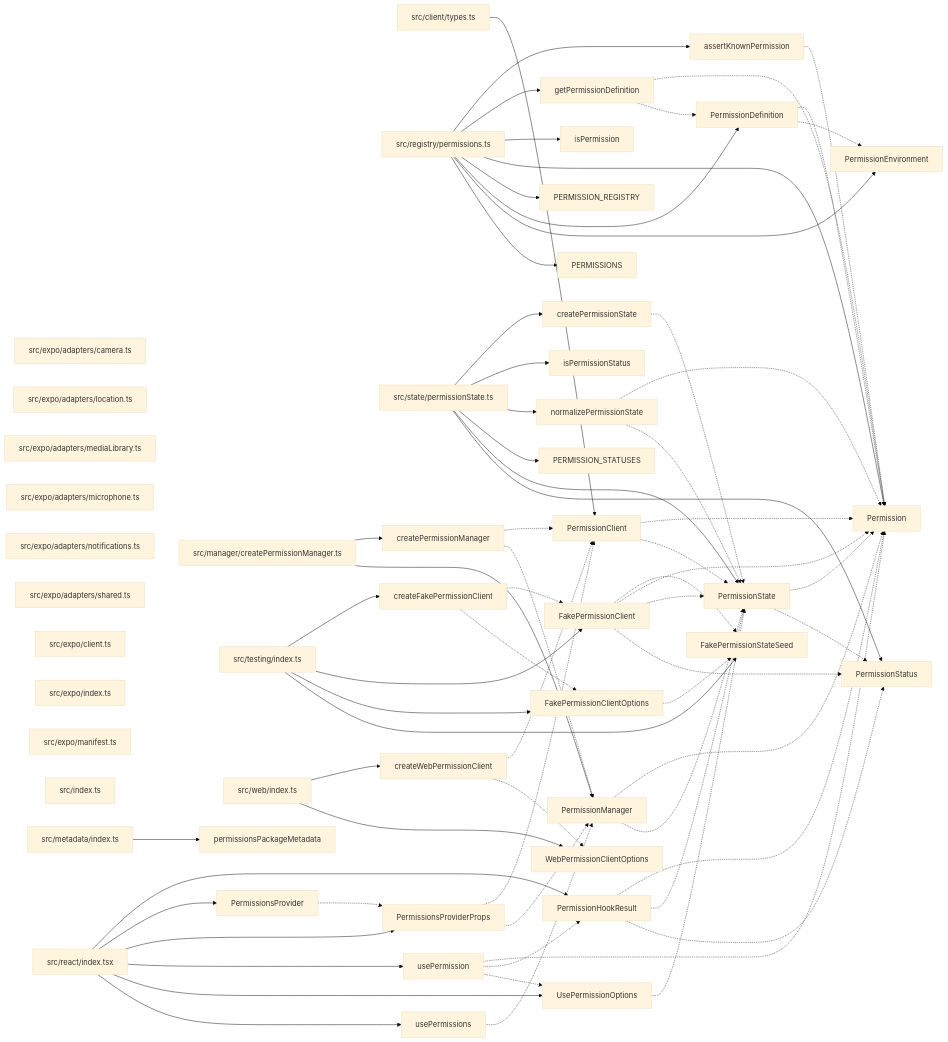
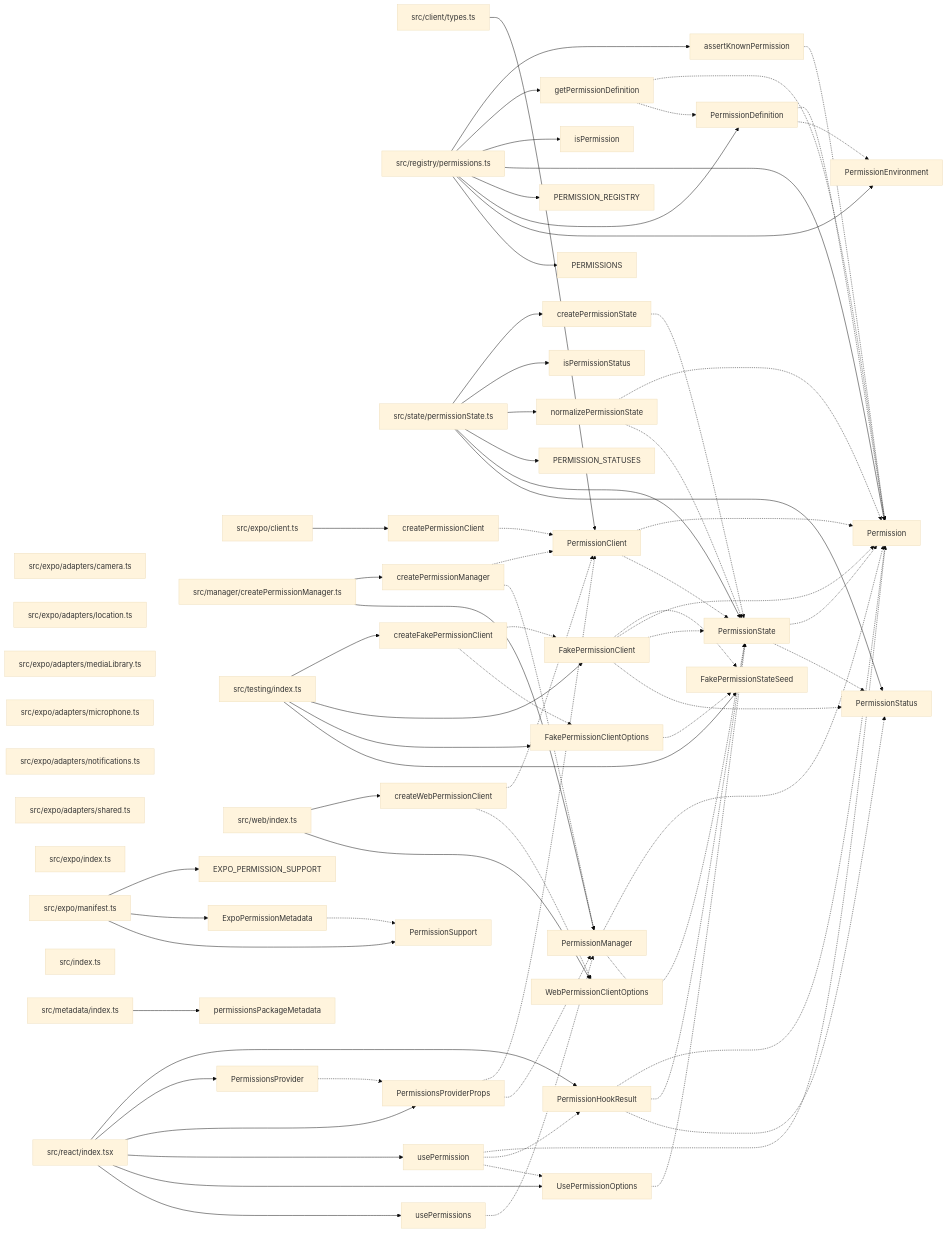
One commit to ankhorage/permissions changed the diagram in paradox/diagrams/export-graph.mmd. Above: the diagram before and after it, drawn with Mermaid (base theme). The commit also changed 10 other files, not shown here.

```diff
--- a/paradox/diagrams/export-graph.mmd
+++ b/paradox/diagrams/export-graph.mmd
@@ -1,115 +1,125 @@
 graph LR
   module_src_client_types_ts["src/client/types.ts"]
   module_src_expo_adapters_camera_ts["src/expo/adapters/camera.ts"]
   module_src_expo_adapters_location_ts["src/expo/adapters/location.ts"]
   module_src_expo_adapters_mediaLibrary_ts["src/expo/adapters/mediaLibrary.ts"]
   module_src_expo_adapters_microphone_ts["src/expo/adapters/microphone.ts"]
   module_src_expo_adapters_notifications_ts["src/expo/adapters/notifications.ts"]
   module_src_expo_adapters_shared_ts["src/expo/adapters/shared.ts"]
   module_src_expo_client_ts["src/expo/client.ts"]
   module_src_expo_index_ts["src/expo/index.ts"]
   module_src_expo_manifest_ts["src/expo/manifest.ts"]
   module_src_index_ts["src/index.ts"]
   module_src_manager_createPermissionManager_ts["src/manager/createPermissionManager.ts"]
   module_src_metadata_index_ts["src/metadata/index.ts"]
   module_src_react_index_tsx["src/react/index.tsx"]
   module_src_registry_permissions_ts["src/registry/permissions.ts"]
   module_src_state_permissionState_ts["src/state/permissionState.ts"]
   module_src_testing_index_ts["src/testing/index.ts"]
   module_src_web_index_ts["src/web/index.ts"]
   export_assertKnownPermission["assertKnownPermission"]
   module_src_registry_permissions_ts --> export_assertKnownPermission
   export_assertKnownPermission -.-> export_Permission
   export_createFakePermissionClient["createFakePermissionClient"]
   module_src_testing_index_ts --> export_createFakePermissionClient
   export_createFakePermissionClient -.-> export_FakePermissionClient
   export_createFakePermissionClient -.-> export_FakePermissionClientOptions
+  export_createPermissionClient["createPermissionClient"]
+  module_src_expo_client_ts --> export_createPermissionClient
+  export_createPermissionClient -.-> export_PermissionClient
   export_createPermissionManager["createPermissionManager"]
   module_src_manager_createPermissionManager_ts --> export_createPermissionManager
   export_createPermissionManager -.-> export_PermissionClient
   export_createPermissionManager -.-> export_PermissionManager
   export_createPermissionState["createPermissionState"]
   module_src_state_permissionState_ts --> export_createPermissionState
   export_createPermissionState -.-> export_PermissionState
   export_createWebPermissionClient["createWebPermissionClient"]
   module_src_web_index_ts --> export_createWebPermissionClient
   export_createWebPermissionClient -.-> export_PermissionClient
   export_createWebPermissionClient -.-> export_WebPermissionClientOptions
+  export_EXPO_PERMISSION_SUPPORT["EXPO_PERMISSION_SUPPORT"]
+  module_src_expo_manifest_ts --> export_EXPO_PERMISSION_SUPPORT
+  export_ExpoPermissionMetadata["ExpoPermissionMetadata"]
+  module_src_expo_manifest_ts --> export_ExpoPermissionMetadata
+  export_ExpoPermissionMetadata -.-> export_PermissionSupport
   export_FakePermissionClient["FakePermissionClient"]
   module_src_testing_index_ts --> export_FakePermissionClient
   export_FakePermissionClient -.-> export_FakePermissionStateSeed
   export_FakePermissionClient -.-> export_Permission
   export_FakePermissionClient -.-> export_PermissionState
   export_FakePermissionClient -.-> export_PermissionStatus
   export_FakePermissionClientOptions["FakePermissionClientOptions"]
   module_src_testing_index_ts --> export_FakePermissionClientOptions
   export_FakePermissionClientOptions -.-> export_FakePermissionStateSeed
   export_FakePermissionStateSeed["FakePermissionStateSeed"]
   module_src_testing_index_ts --> export_FakePermissionStateSeed
   export_getPermissionDefinition["getPermissionDefinition"]
   module_src_registry_permissions_ts --> export_getPermissionDefinition
   export_getPermissionDefinition -.-> export_Permission
   export_getPermissionDefinition -.-> export_PermissionDefinition
   export_isPermission["isPermission"]
   module_src_registry_permissions_ts --> export_isPermission
   export_isPermissionStatus["isPermissionStatus"]
   module_src_state_permissionState_ts --> export_isPermissionStatus
   export_normalizePermissionState["normalizePermissionState"]
   module_src_state_permissionState_ts --> export_normalizePermissionState
   export_normalizePermissionState -.-> export_Permission
   export_normalizePermissionState -.-> export_PermissionState
   export_Permission["Permission"]
   module_src_registry_permissions_ts --> export_Permission
   export_PERMISSION_REGISTRY["PERMISSION_REGISTRY"]
   module_src_registry_permissions_ts --> export_PERMISSION_REGISTRY
   export_PERMISSION_STATUSES["PERMISSION_STATUSES"]
   module_src_state_permissionState_ts --> export_PERMISSION_STATUSES
   export_PermissionClient["PermissionClient"]
   module_src_client_types_ts --> export_PermissionClient
   export_PermissionClient -.-> export_Permission
   export_PermissionClient -.-> export_PermissionState
   export_PermissionDefinition["PermissionDefinition"]
   module_src_registry_permissions_ts --> export_PermissionDefinition
   export_PermissionDefinition -.-> export_Permission
   export_PermissionDefinition -.-> export_PermissionEnvironment
   export_PermissionEnvironment["PermissionEnvironment"]
   module_src_registry_permissions_ts --> export_PermissionEnvironment
   export_PermissionHookResult["PermissionHookResult"]
   module_src_react_index_tsx --> export_PermissionHookResult
   export_PermissionHookResult -.-> export_Permission
   export_PermissionHookResult -.-> export_PermissionState
   export_PermissionHookResult -.-> export_PermissionStatus
   export_PermissionManager["PermissionManager"]
   module_src_manager_createPermissionManager_ts --> export_PermissionManager
   export_PermissionManager -.-> export_Permission
   export_PermissionManager -.-> export_PermissionState
   export_PERMISSIONS["PERMISSIONS"]
   module_src_registry_permissions_ts --> export_PERMISSIONS
   export_permissionsPackageMetadata["permissionsPackageMetadata"]
   module_src_metadata_index_ts --> export_permissionsPackageMetadata
   export_PermissionsProvider["PermissionsProvider"]
   module_src_react_index_tsx --> export_PermissionsProvider
   export_PermissionsProvider -.-> export_PermissionsProviderProps
   export_PermissionsProviderProps["PermissionsProviderProps"]
   module_src_react_index_tsx --> export_PermissionsProviderProps
   export_PermissionsProviderProps -.-> export_PermissionClient
   export_PermissionsProviderProps -.-> export_PermissionManager
   export_PermissionState["PermissionState"]
   module_src_state_permissionState_ts --> export_PermissionState
   export_PermissionState -.-> export_Permission
   export_PermissionState -.-> export_PermissionStatus
   export_PermissionStatus["PermissionStatus"]
   module_src_state_permissionState_ts --> export_PermissionStatus
+  export_PermissionSupport["PermissionSupport"]
+  module_src_expo_manifest_ts --> export_PermissionSupport
   export_usePermission["usePermission"]
   module_src_react_index_tsx --> export_usePermission
   export_usePermission -.-> export_Permission
   export_usePermission -.-> export_PermissionHookResult
   export_usePermission -.-> export_UsePermissionOptions
   export_UsePermissionOptions["UsePermissionOptions"]
   module_src_react_index_tsx --> export_UsePermissionOptions
   export_UsePermissionOptions -.-> export_PermissionState
   export_usePermissions["usePermissions"]
   module_src_react_index_tsx --> export_usePermissions
   export_usePermissions -.-> export_PermissionManager
   export_WebPermissionClientOptions["WebPermissionClientOptions"]
   module_src_web_index_ts --> export_WebPermissionClientOptions
```
